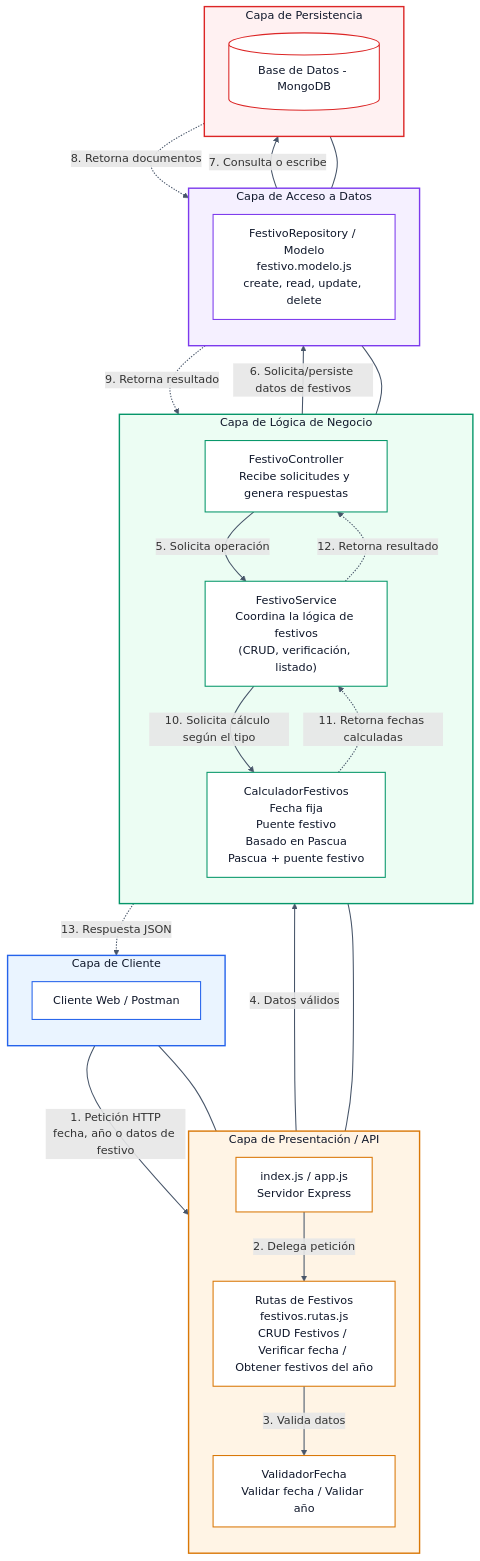
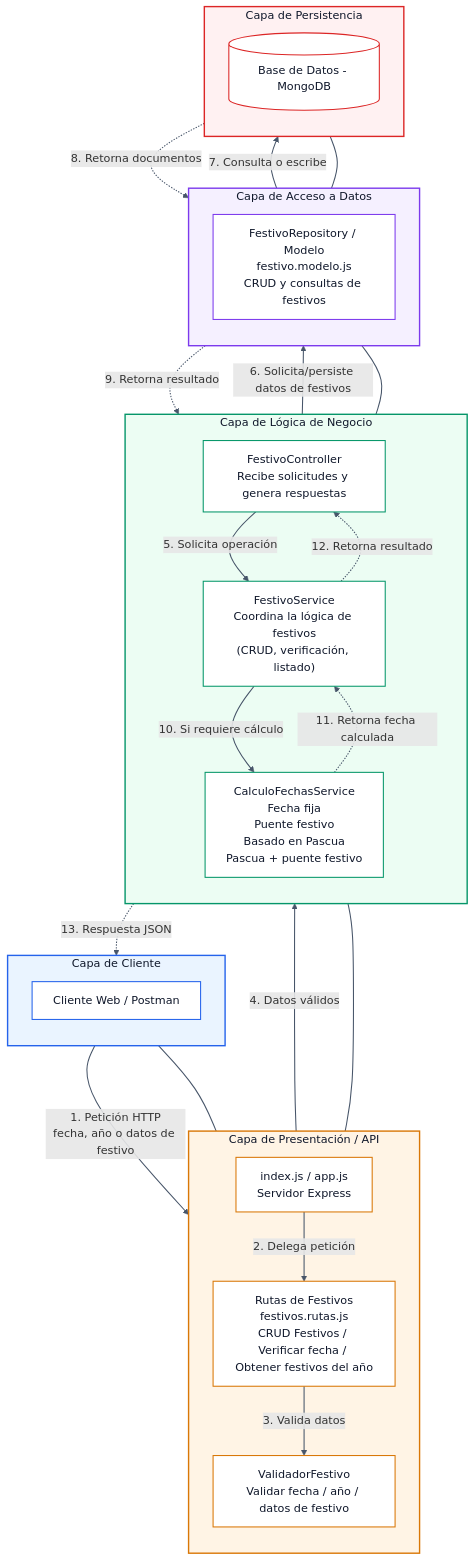
One commit to ivnmorales/Proyecto_Arquitectura_Festivos changed the diagram in diagramas/arquitectura-festivos.md. Above: the diagram before and after it, drawn with Mermaid. The commit also changed 1 other file, not shown here.

Commit message:
Actualizacion por CRUD

```diff
--- a/diagramas/arquitectura-festivos.md
+++ b/diagramas/arquitectura-festivos.md
@@ -21,7 +21,7 @@
 
         Routes["Rutas de Festivos<br/>festivos.rutas.js<br/>CRUD Festivos / Verificar fecha / Obtener festivos del año"]
 
-        Validator["ValidadorFecha<br/>Validar fecha / Validar año"]
+        Validator["ValidadorFestivo<br/>Validar fecha / año / datos de festivo"]
     end
 
     %% =========================
@@ -34,7 +34,7 @@
 
         Service["FestivoService<br/>Coordina la lógica de festivos<br/>(CRUD, verificación, listado)"]
 
-        Calculator["CalculadorFestivos<br/>Fecha fija<br/>Puente festivo<br/>Basado en Pascua<br/>Pascua + puente festivo"]
+        Calculator["CalculoFechasService<br/>Fecha fija<br/>Puente festivo<br/>Basado en Pascua<br/>Pascua + puente festivo"]
     end
 
     %% =========================
@@ -43,7 +43,7 @@
     subgraph DataAccessLayer["Capa de Acceso a Datos"]
         direction TB
 
-        Repository["FestivoRepository / Modelo<br/>festivo.modelo.js<br/>create, read, update, delete"]
+        Repository["FestivoRepository / Modelo<br/>festivo.modelo.js<br/>CRUD y consultas de festivos"]
     end
 
     %% =========================
@@ -80,12 +80,12 @@
     Repository -.->|"9. Retorna resultado"| Service
 
     %% =========================
-    %% CÁLCULO DE FESTIVOS
+    %% CÁLCULO DE FECHAS
     %% (solo aplica a verificación y listado)
     %% =========================
-    Service -->|"10. Solicita cálculo según el tipo"| Calculator
+    Service -->|"10. Si requiere cálculo"| Calculator
 
-    Calculator -.->|"11. Retorna fechas calculadas"| Service
+    Calculator -.->|"11. Retorna fecha calculada"| Service
 
     %% =========================
     %% RESPUESTA
```
